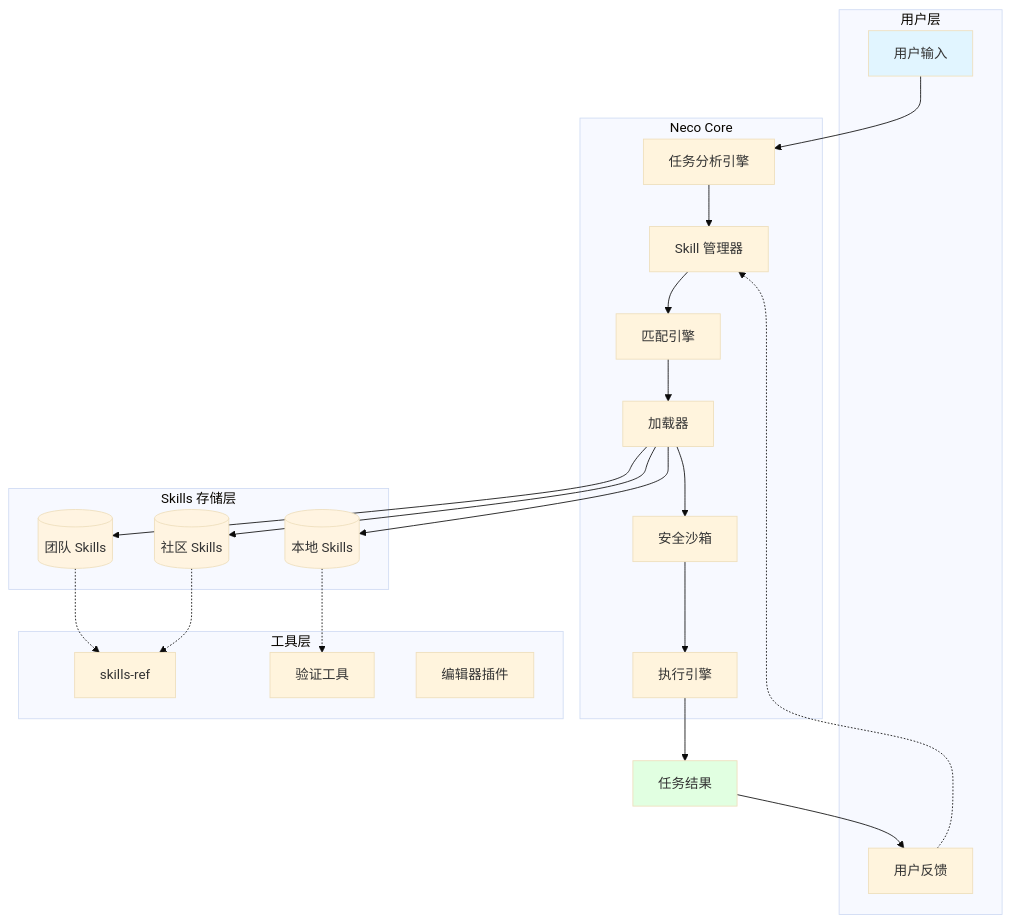
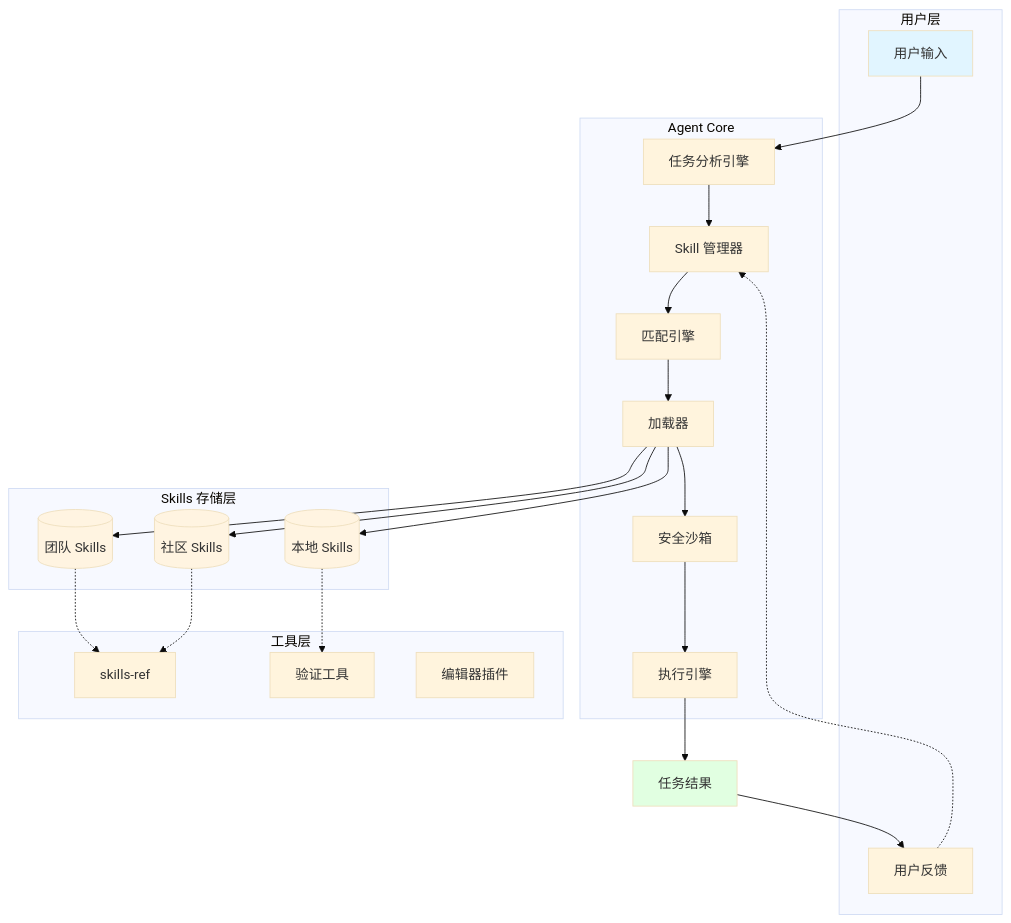
One commit to MiyakoMeow/neco changed the fifth of 8 diagrams in progress/external-agentskills.md. Above: the diagram before and after it, drawn with Mermaid (base theme). The commit also changed other lines of this file and 7 other files, not shown here.

````diff
--- a/progress/external-agentskills.md
+++ b/progress/external-agentskills.md
@@ -1735,52 +999,52 @@
 ```mermaid
 graph TB
     subgraph "用户层"
         A[用户输入]
         B[用户反馈]
     end
     
-    subgraph "Neco Core"
+    subgraph "Agent Core"
         C[任务分析引擎]
         D[Skill 管理器]
         E[匹配引擎]
         F[加载器]
         G[安全沙箱]
         H[执行引擎]
     end
     
     subgraph "Skills 存储层"
         I[(本地 Skills)]
         J[(团队 Skills)]
         K[(社区 Skills)]
     end
     
     subgraph "工具层"
         L[skills-ref]
         M[验证工具]
         N[编辑器插件]
     end
     
     A --> C
     C --> D
     D --> E
     E --> F
     F --> I
     F --> J
     F --> K
     F --> G
     G --> H
     H --> R[任务结果]
     R --> B
     
     I -.-> M
     J -.-> L
     K -.-> L
     
     B -.-> D
     
     style A fill:#e1f5ff
     style R fill:#e1ffe1
     style I fill:#fff4e1
     style J fill:#fff4e1
     style K fill:#fff4e1
 ```
````
